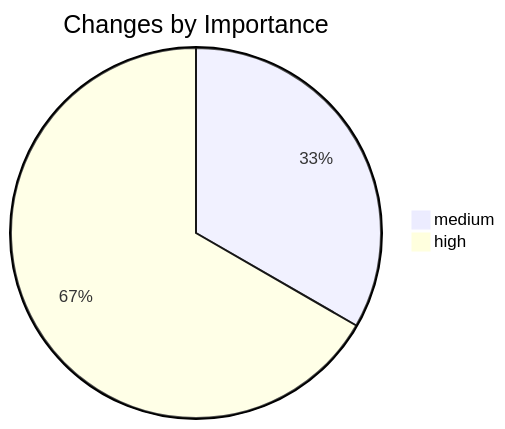
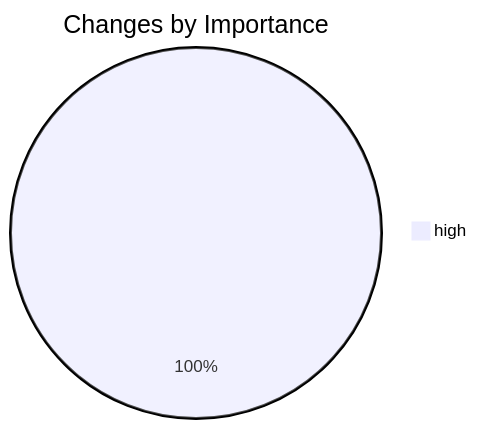
The seventh of 7 diagrams in DocweaveDocs/DIAGRAMS.md (Juls95/DocWeave), drawn with Mermaid before and after one commit. The commit also changed other lines of this file and 9 other files, not shown here.

````diff
--- a/DocweaveDocs/DIAGRAMS.md
+++ b/DocweaveDocs/DIAGRAMS.md
@@ -27,5 +153,4 @@
 ```mermaid
 pie title Changes by Importance
-    "medium" : 1
     "high" : 2
 ```
````
